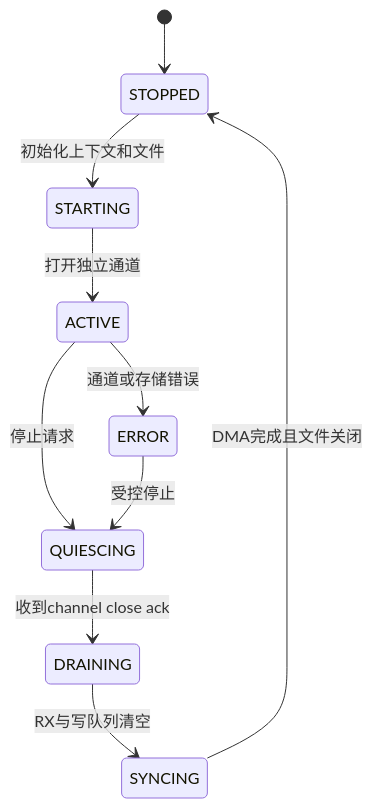
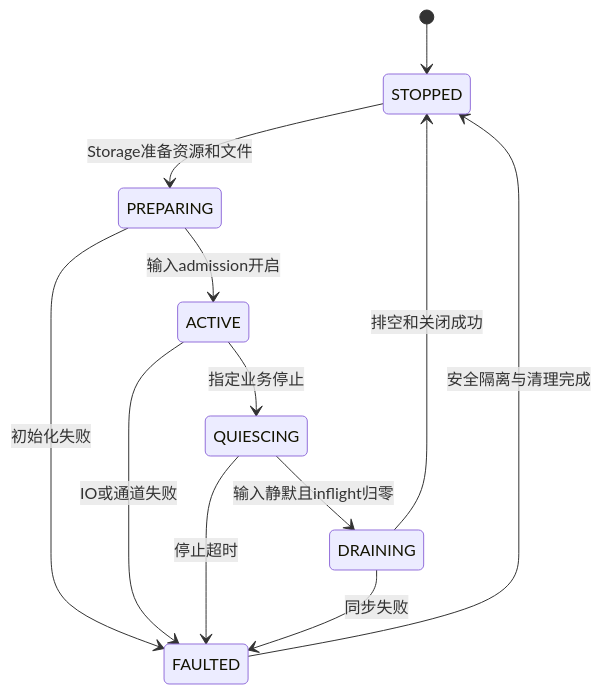
One commit to luckyJimLu/system-design-notes changed the ninth of 12 diagrams in modemlog/modem-complete-mermaid-flows.md. Above: the diagram before and after it, drawn with Mermaid. The commit also changed other lines of this file and 7 other files, not shown here.

Commit message:
docs(modemlog): unify isolated capture, dual sockets and C++ architecture

````diff
--- a/modemlog/modem-complete-mermaid-flows.md
+++ b/modemlog/modem-complete-mermaid-flows.md
@@ -153,12 +143,14 @@
 ```mermaid
 stateDiagram-v2
     [*] --> STOPPED
-    STOPPED --> STARTING: 初始化上下文和文件
-    STARTING --> ACTIVE: 打开独立通道
-    ACTIVE --> QUIESCING: 停止请求
-    QUIESCING --> DRAINING: 收到channel close ack
-    DRAINING --> SYNCING: RX与写队列清空
-    SYNCING --> STOPPED: DMA完成且文件关闭
-    ACTIVE --> ERROR: 通道或存储错误
-    ERROR --> QUIESCING: 受控停止
+    STOPPED --> PREPARING: Storage准备资源和文件
+    PREPARING --> ACTIVE: 输入admission开启
+    PREPARING --> FAULTED: 初始化失败
+    ACTIVE --> QUIESCING: 指定业务停止
+    QUIESCING --> DRAINING: 输入静默且inflight归零
+    DRAINING --> STOPPED: 排空和关闭成功
+    ACTIVE --> FAULTED: IO或通道失败
+    QUIESCING --> FAULTED: 停止超时
+    DRAINING --> FAULTED: 同步失败
+    FAULTED --> STOPPED: 安全隔离与清理完成
 ```
````
